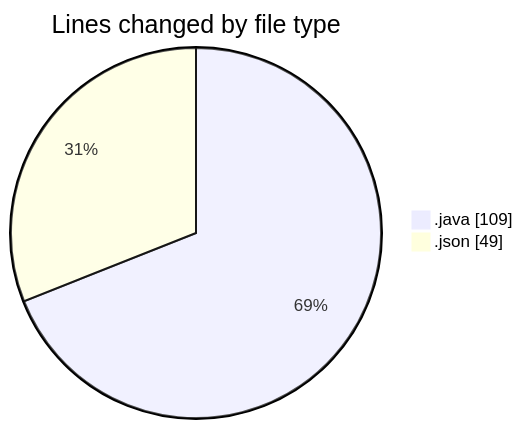
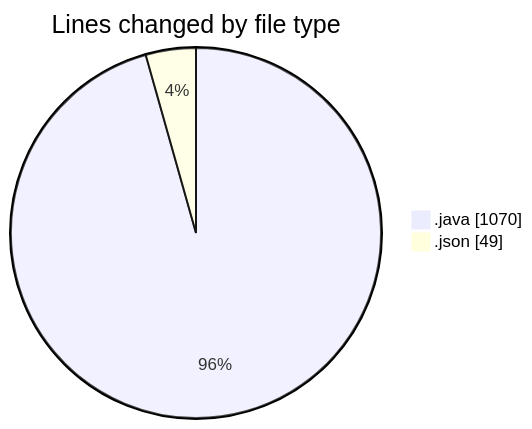
One commit to ricardozamudiocil/code-tracking changed the first of 2 diagrams in 2026-11-26/cilreports__workspace_/README.md. Above: the diagram before and after it, drawn with Mermaid. The commit also changed other lines of this file and 1 other file, not shown here.

````diff
--- a/2026-11-26/cilreports__workspace_/README.md
+++ b/2026-11-26/cilreports__workspace_/README.md
@@ -21,6 +22,6 @@
 ```mermaid
 pie showData
 title Lines changed by file type
-".java" : 109
+".java" : 1070
 ".json" : 49
 ```
````
